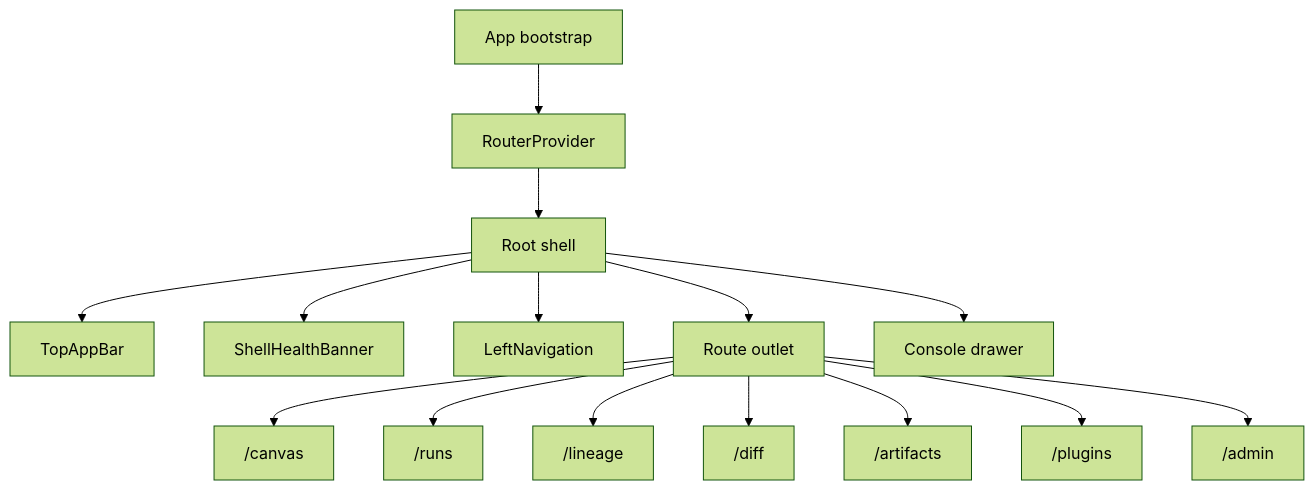
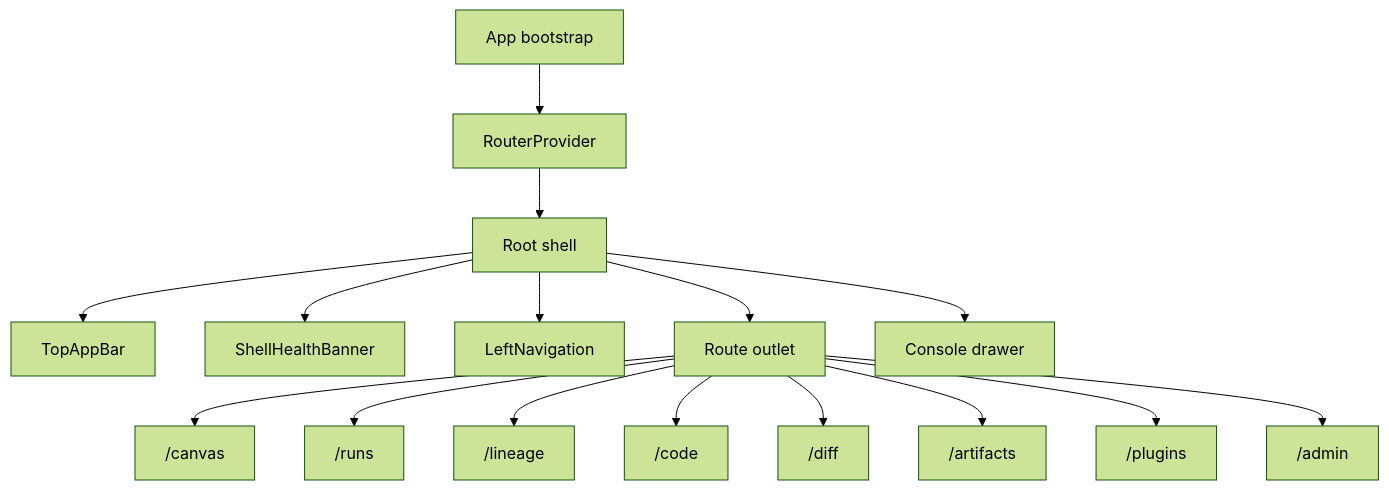
One commit to dunay2/dvt changed the diagram in docs/architecture/frontend/index.md. Above: the diagram before and after it, drawn with Mermaid (forest theme). The commit also changed other lines of this file and 56 other files, not shown here.

Commit message:
feat(web): Harden transformation flow and align F-23 docs

````diff
--- a/docs/architecture/frontend/index.md
+++ b/docs/architecture/frontend/index.md
@@ -35,18 +35,19 @@
 ```mermaid
 flowchart TB
   Boot["App bootstrap"] --> Router["RouterProvider"]
   Router --> Root["Root shell"]
   Root --> TopBar["TopAppBar"]
   Root --> Health["ShellHealthBanner"]
   Root --> Nav["LeftNavigation"]
   Root --> Outlet["Route outlet"]
   Root --> Console["Console drawer"]
 
   Outlet --> Canvas["/canvas"]
   Outlet --> Runs["/runs"]
   Outlet --> Lineage["/lineage"]
+  Outlet --> Code["/code"]
   Outlet --> Diff["/diff"]
   Outlet --> Artifacts["/artifacts"]
   Outlet --> Plugins["/plugins"]
   Outlet --> Admin["/admin"]
 ```
````
